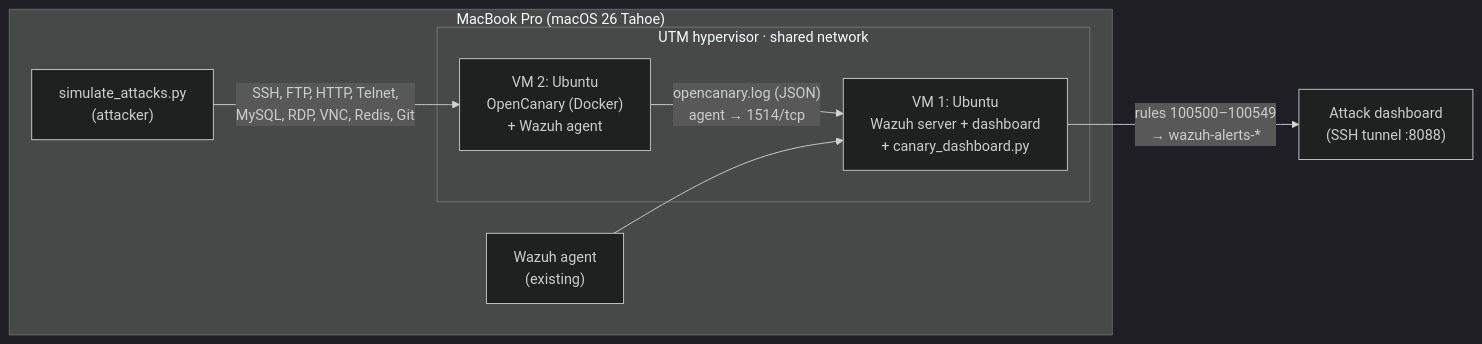
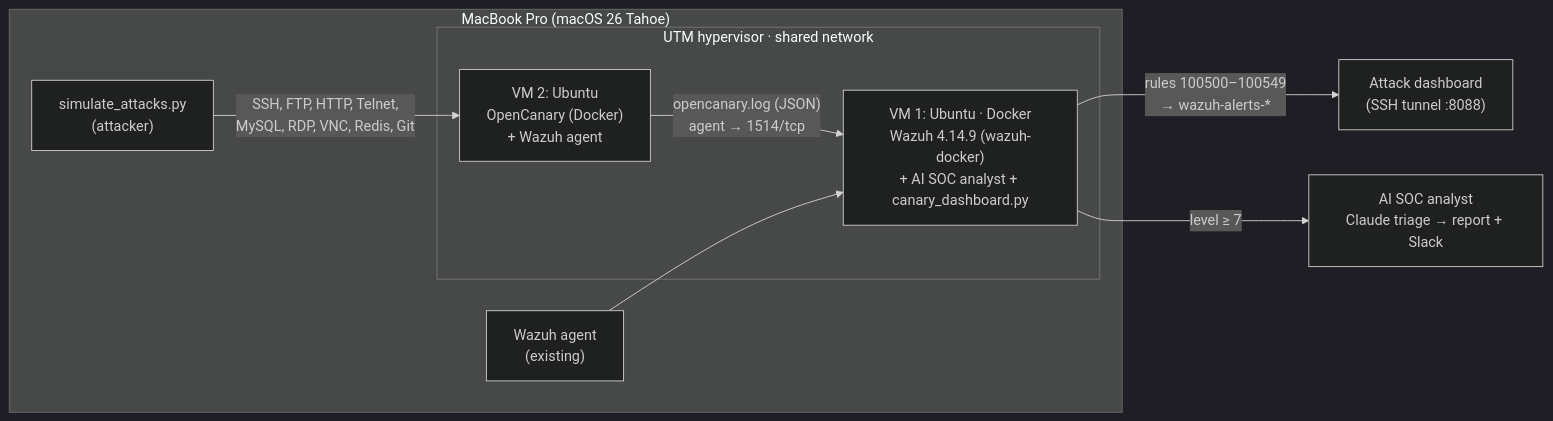
One commit to TrifoldPathSec/blackout-honeypot-lab changed the diagram in README.md. Above: the diagram before and after it, drawn with Mermaid (dark theme). The commit also changed other lines of this file and 2 other files, not shown here.

Commit message:
Run on the shared Docker Wazuh; AI SOC analyst triage results

````diff
--- a/README.md
+++ b/README.md
@@ -11,15 +11,16 @@
 ```mermaid
 flowchart LR
     subgraph Host["MacBook Pro (macOS 26 Tahoe)"]
         A["Wazuh agent<br/>(existing)"]
         X["simulate_attacks.py<br/>(attacker)"]
         subgraph UTM["UTM hypervisor · shared network"]
-            S["VM 1: Ubuntu<br/>Wazuh server + dashboard<br/>+ canary_dashboard.py"]
+            S["VM 1: Ubuntu · Docker<br/>Wazuh 4.14.9 (wazuh-docker)<br/>+ AI SOC analyst + canary_dashboard.py"]
             C["VM 2: Ubuntu<br/>OpenCanary (Docker)<br/>+ Wazuh agent"]
         end
     end
     X -- "SSH, FTP, HTTP, Telnet,<br/>MySQL, RDP, VNC, Redis, Git" --> C
     C -- "opencanary.log (JSON)<br/>agent → 1514/tcp" --> S
     A --> S
     S -- "rules 100500–100549<br/>→ wazuh-alerts-*" --> D["Attack dashboard<br/>(SSH tunnel :8088)"]
+    S -- "level ≥ 7" --> AI["AI SOC analyst<br/>Claude triage → report + Slack"]
 ```
````
